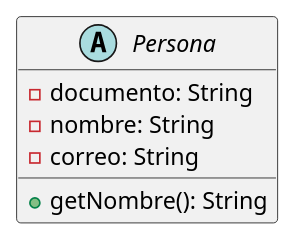
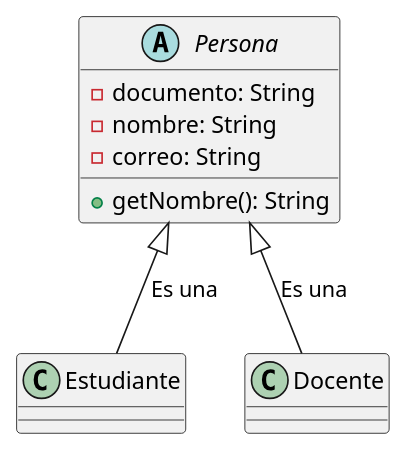
One commit to PaoloTrujillo-7502610016/POO-U4-protocolo-colaborativo-7502610016-7502610019 changed the diagram in src/ejemplo_completo_2/codigo_UML/Persona.puml. Above: the diagram before and after it, drawn with PlantUML. The commit also changed 7 other files, not shown here.

```diff
--- a/src/ejemplo_completo_2/codigo_UML/Persona.puml
+++ b/src/ejemplo_completo_2/codigo_UML/Persona.puml
@@ -1,13 +1,17 @@
 @startuml
 
 abstract class Persona{
+
 
     -documento: String
     -nombre: String
     -correo: String
 
     +getNombre(): String
 
 }
 
+Persona <|-- Estudiante : Es una
+Persona <|-- Docente : Es una
+
 @enduml
```
